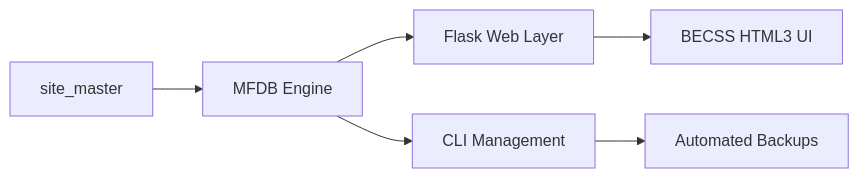
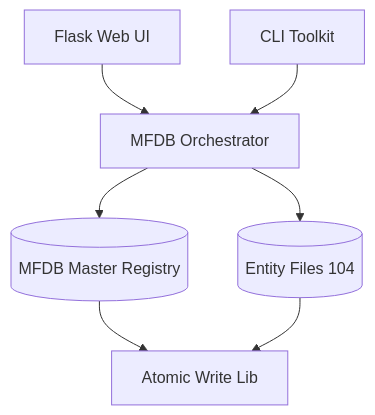
Before and after one commit to boehnenelton/BEJSON_CMS: the diagram in README.md, drawn with Mermaid. The commit also changed other lines of this file and 1 other file, not shown here.

````diff
--- a/README.md
+++ b/README.md
@@ -10,8 +12,9 @@
 ```mermaid
-graph LR
-    A[site_master] --> B[MFDB Engine]
-    B --> C[Flask Web Layer]
-    C --> D[BECSS HTML3 UI]
-    B --> E[CLI Management]
-    E --> F[Automated Backups]
+graph TD
+    A[Flask Web UI] --> B[MFDB Orchestrator]
+    C[CLI Toolkit] --> B
+    B --> D[(MFDB Master Registry)]
+    B --> E[(Entity Files 104)]
+    D --> F[Atomic Write Lib]
+    E --> F
 ```
````
